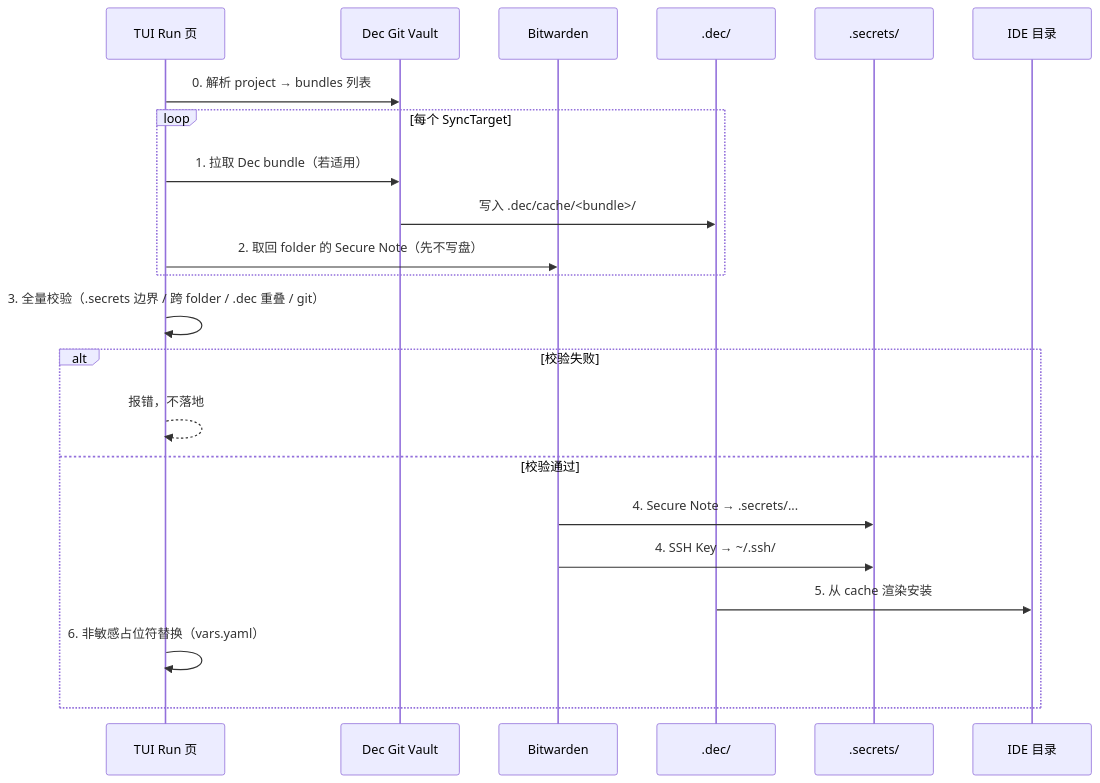
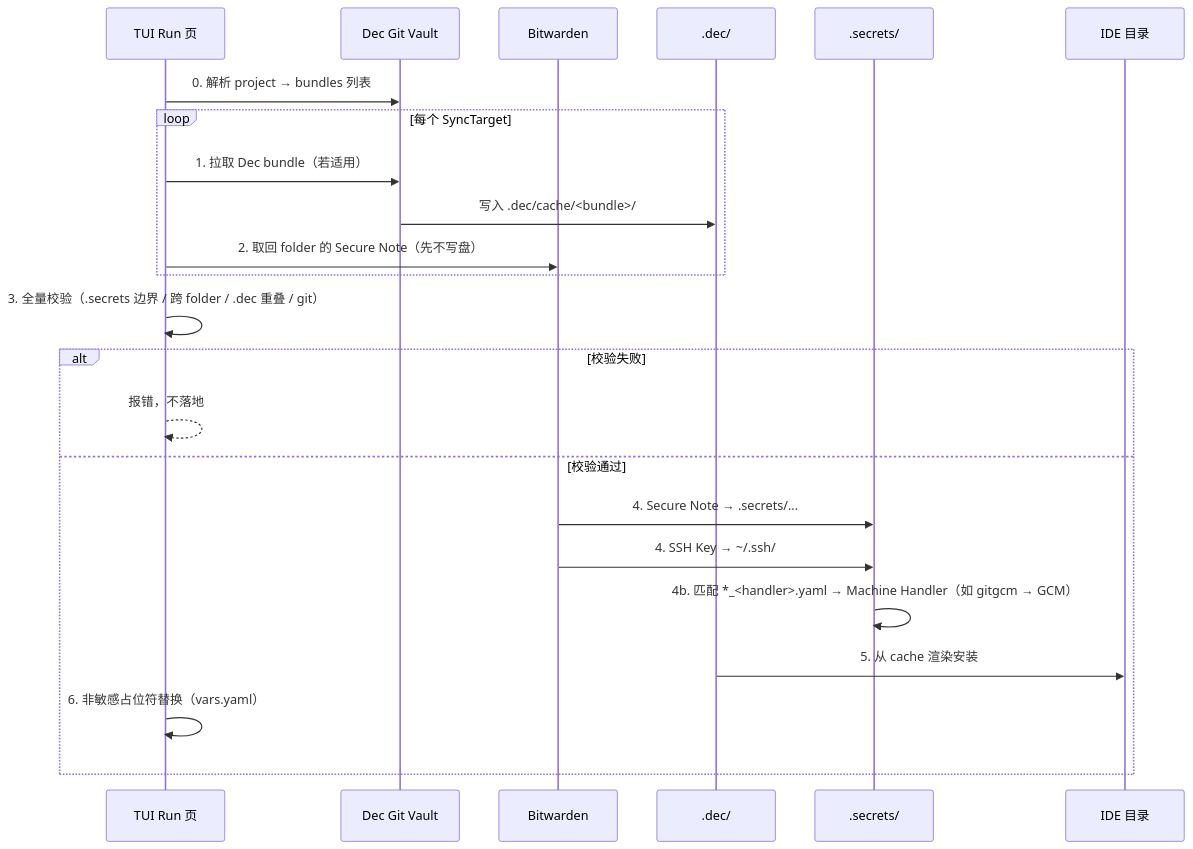
The diagram in Documents/BUNDLE-SECRETS-MODEL.md (shichao402/Dec), drawn with Mermaid before and after one commit. The commit also changed other lines of this file and 255 other files, not shown here.

First line of the commit message:
refactor: 源码统一到 internal/，补齐 secrets machine handler 与 Remote 滚动体验

````diff
--- a/Documents/BUNDLE-SECRETS-MODEL.md
+++ b/Documents/BUNDLE-SECRETS-MODEL.md
@@ -211,25 +238,26 @@
 ```mermaid
 sequenceDiagram
   participant TUI as TUI Run 页
   participant Dec as Dec Git Vault
   participant BW as Bitwarden
   participant DecRoot as .dec/
   participant Sec as .secrets/
   participant IDE as IDE 目录
 
   TUI->>Dec: 0. 解析 project → bundles 列表
   loop 每个 SyncTarget
     TUI->>Dec: 1. 拉取 Dec bundle（若适用）
     Dec->>DecRoot: 写入 .dec/cache/<bundle>/
     TUI->>BW: 2. 取回 folder 的 Secure Note（先不写盘）
   end
   TUI->>TUI: 3. 全量校验（.secrets 边界 / 跨 folder / .dec 重叠 / git）
   alt 校验失败
     TUI-->>TUI: 报错，不落地
   else 校验通过
     BW->>Sec: 4. Secure Note → .secrets/...
     BW->>Sec: 4. SSH Key → ~/.ssh/
+    Sec->>Sec: 4b. 匹配 *_<handler>.yaml → Machine Handler（如 gitgcm → GCM）
     DecRoot->>IDE: 5. 从 cache 渲染安装
     TUI->>TUI: 6. 非敏感占位符替换（vars.yaml）
   end
 ```
````
